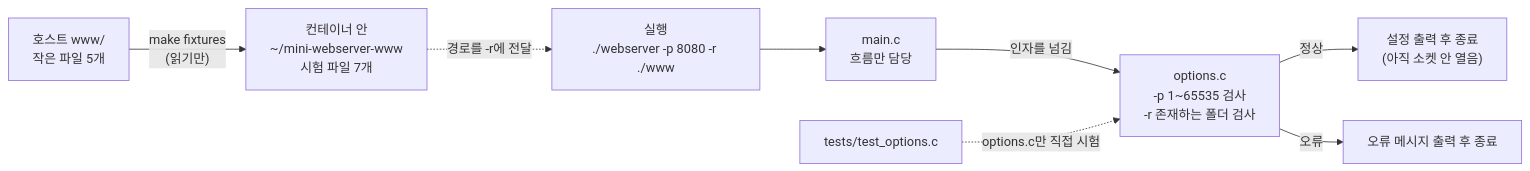
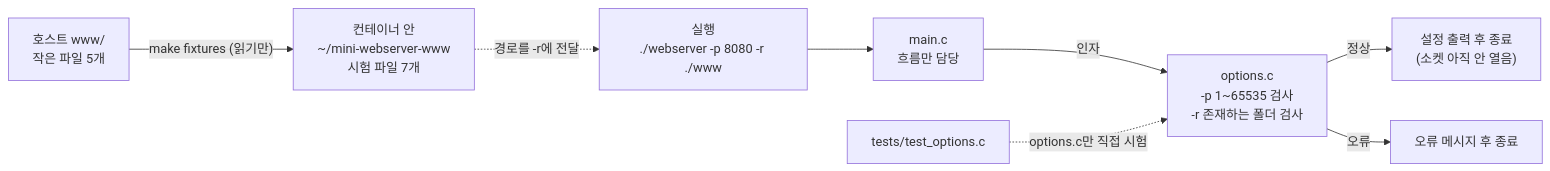
Before and after one commit to hnjee/mini-webserver: the diagram in docs/steps/step-0-setup/README.md, drawn with Mermaid. The commit also changed other lines of this file and 10 other files, not shown here.

````diff
--- a/docs/steps/step-0-setup/README.md
+++ b/docs/steps/step-0-setup/README.md
@@ -50,11 +46,11 @@
 ```mermaid
 flowchart LR
     CLI["실행<br/>./webserver -p 8080 -r ./www"] --> M["main.c<br/>흐름만 담당"]
-    M -- "인자를 넘김" --> O["options.c<br/>-p 1~65535 검사<br/>-r 존재하는 폴더 검사"]
-    O -- "정상" --> OK["설정 출력 후 종료<br/>(아직 소켓 안 열음)"]
-    O -- "오류" --> ERR["오류 메시지 출력 후 종료"]
+    M -- 인자 --> O["options.c<br/>-p 1~65535 검사<br/>-r 존재하는 폴더 검사"]
+    O -- 정상 --> OK["설정 출력 후 종료<br/>(소켓 아직 안 열음)"]
+    O -- 오류 --> ERR["오류 메시지 후 종료"]
     T["tests/test_options.c"] -. "options.c만 직접 시험" .-> O
 
-    HW["호스트 www/<br/>작은 파일 5개"] -- "make fixtures<br/>(읽기만)" --> FX["컨테이너 안<br/>~/mini-webserver-www<br/>시험 파일 7개"]
-    FX -. "경로를 -r에 전달" .-> CLI
+    HW["호스트 www/<br/>작은 파일 5개"] -- "make fixtures (읽기만)" --> FX["컨테이너 안<br/>~/mini-webserver-www<br/>시험 파일 7개"]
+    FX -. 경로를 -r에 전달 .-> CLI
 ```
````
